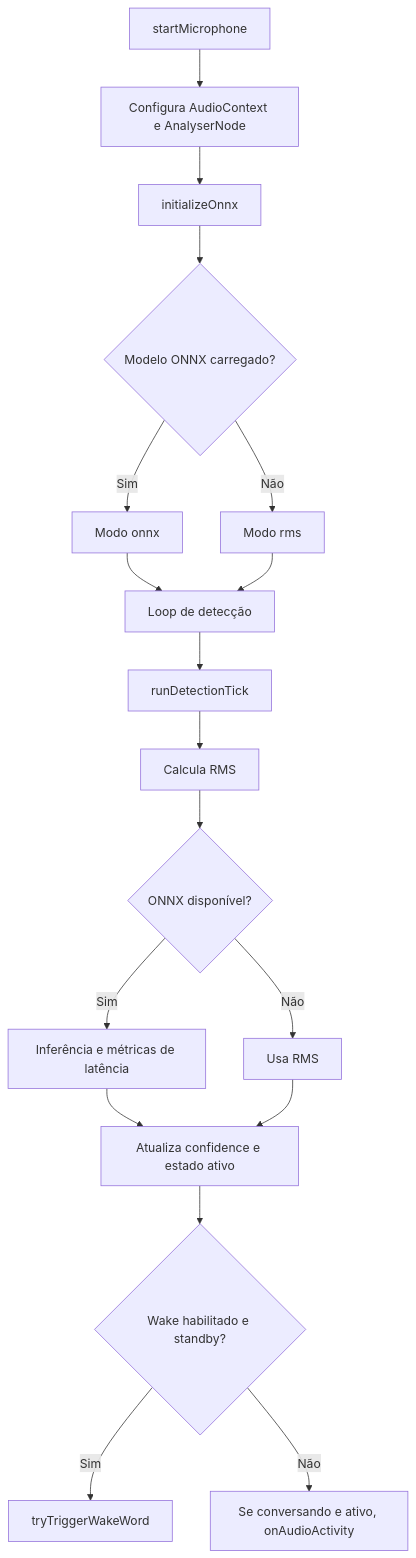
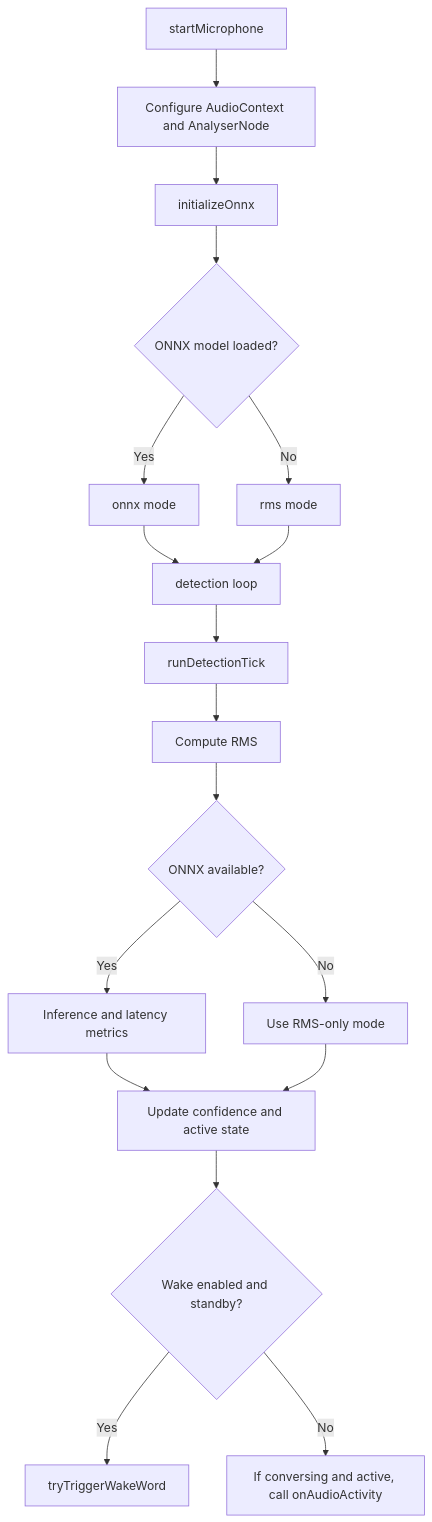
One commit to linkiez/personaplex changed the diagram in client-angular/src/app/wake-word/wake-word-detector.service.doc.md. Above: the diagram before and after it, drawn with Mermaid. The commit also changed other lines of this file and 14 other files, not shown here.

````diff
--- a/client-angular/src/app/wake-word/wake-word-detector.service.doc.md
+++ b/client-angular/src/app/wake-word/wake-word-detector.service.doc.md
@@ -26,20 +26,20 @@
 ```mermaid
 flowchart TD
-  A[startMicrophone] --> B[Configura AudioContext e AnalyserNode]
+  A[startMicrophone] --> B[Configure AudioContext and AnalyserNode]
   B --> C[initializeOnnx]
-  C --> D{Modelo ONNX carregado?}
-  D -- Sim --> E[Modo onnx]
-  D -- Não --> F[Modo rms]
-  E --> G[Loop de detecção]
+  C --> D{ONNX model loaded?}
+  D -- Yes --> E[onnx mode]
+  D -- No --> F[rms mode]
+  E --> G[detection loop]
   F --> G
   G --> H[runDetectionTick]
-  H --> I[Calcula RMS]
-  I --> J{ONNX disponível?}
-  J -- Sim --> K[Inferência e métricas de latência]
-  J -- Não --> L[Usa RMS]
-  K --> M[Atualiza confidence e estado ativo]
+  H --> I[Compute RMS]
+  I --> J{ONNX available?}
+  J -- Yes --> K[Inference and latency metrics]
+  J -- No --> L[Use RMS-only mode]
+  K --> M[Update confidence and active state]
   L --> M
-  M --> N{Wake habilitado e standby?}
-  N -- Sim --> O[tryTriggerWakeWord]
-  N -- Não --> P[Se conversando e ativo, onAudioActivity]
+  M --> N{Wake enabled and standby?}
+  N -- Yes --> O[tryTriggerWakeWord]
+  N -- No --> P[If conversing and active, call onAudioActivity]
 ```
````
